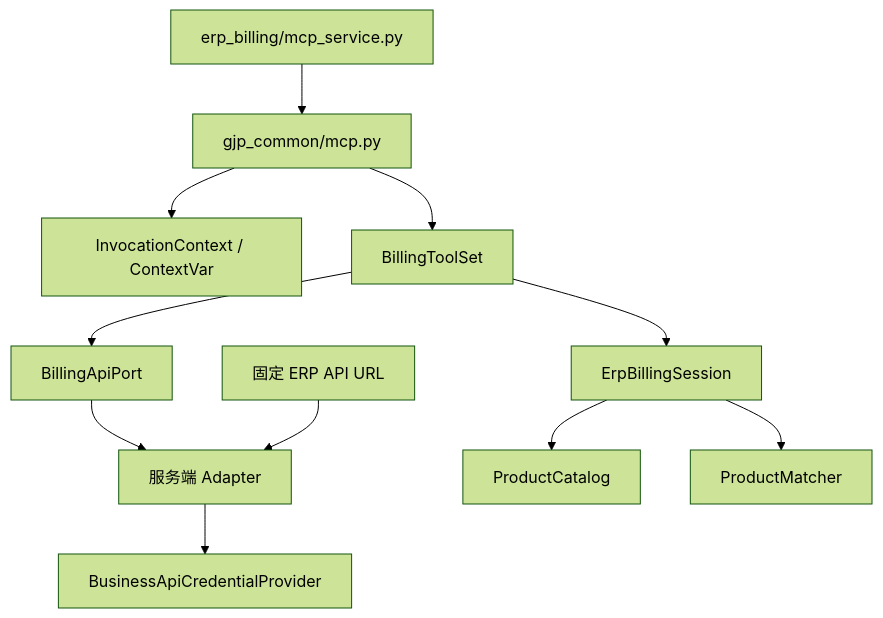
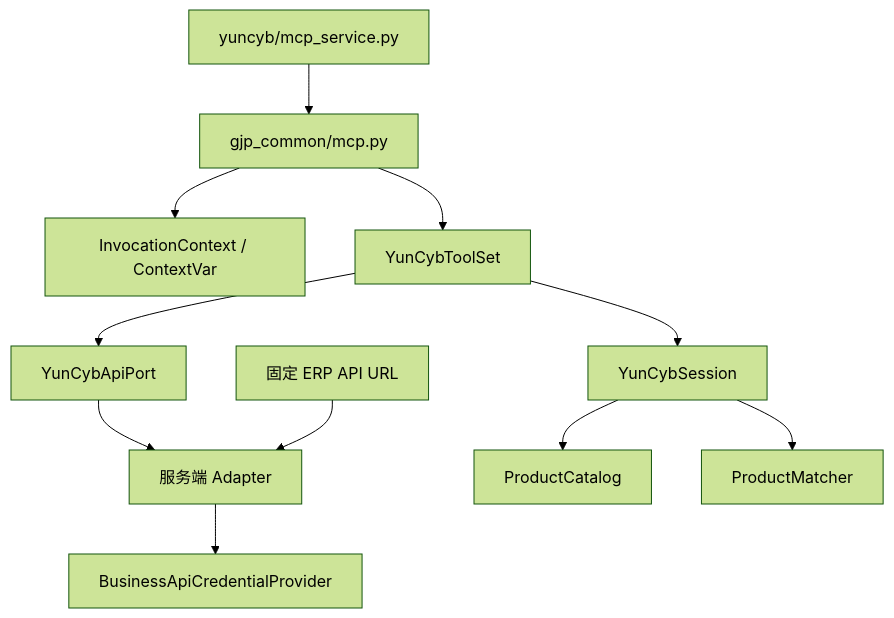
The second of 4 diagrams in docs/architecture/architecture-diagrams.md (757607106/gjp-cyb-mcp), drawn with Mermaid (forest theme) before and after one commit. The commit also changed other lines of this file and 124 other files, not shown here.

Commit message:
统一云创业版 MCP 技术命名为 yuncyb

````diff
--- a/docs/architecture/architecture-diagrams.md
+++ b/docs/architecture/architecture-diagrams.md
@@ -46,13 +46,13 @@
 ```mermaid
 flowchart TB
-    Service["erp_billing/mcp_service.py"] --> MCP["gjp_common/mcp.py"]
+    Service["yuncyb/mcp_service.py"] --> MCP["gjp_common/mcp.py"]
     MCP --> Context["InvocationContext / ContextVar"]
-    MCP --> ToolSet["BillingToolSet"]
-    ToolSet --> Session["ErpBillingSession"]
-    ToolSet --> Port["BillingApiPort"]
+    MCP --> ToolSet["YunCybToolSet"]
+    ToolSet --> Session["YunCybSession"]
+    ToolSet --> Port["YunCybApiPort"]
     Port --> Adapter["服务端 Adapter"]
     FixedUrl["固定 ERP API URL"] --> Adapter
     Adapter --> Credential["BusinessApiCredentialProvider"]
     Session --> Catalog["ProductCatalog"]
     Session --> Matcher["ProductMatcher"]
 ```
````
